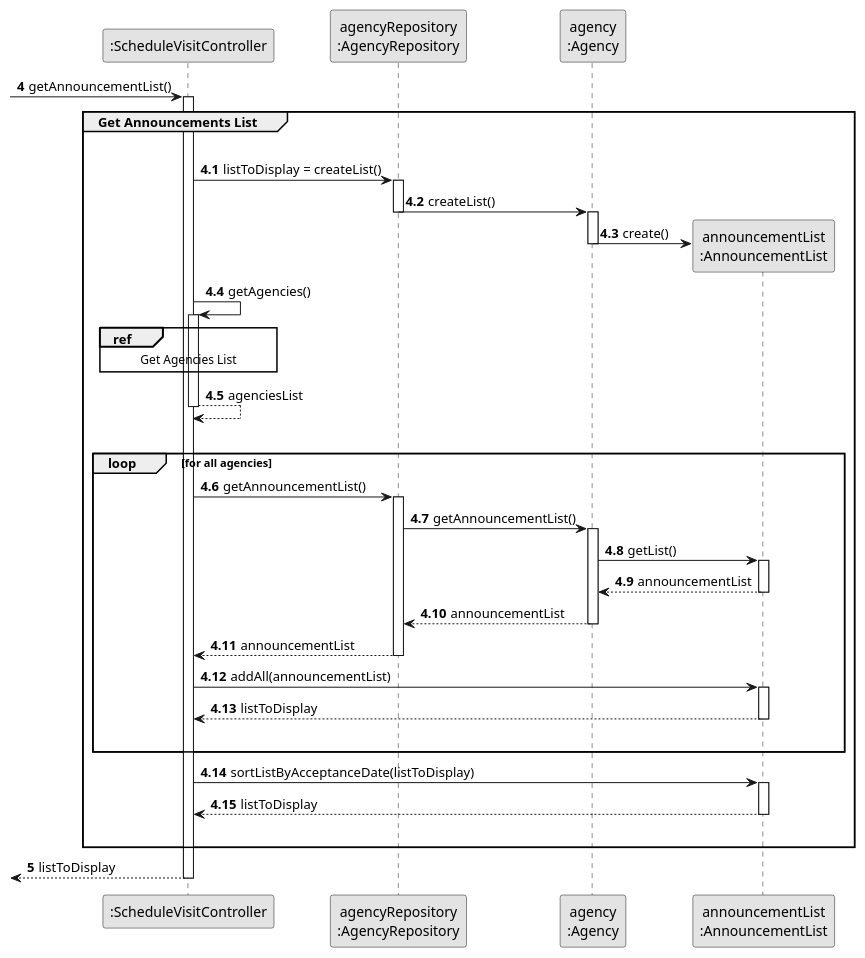
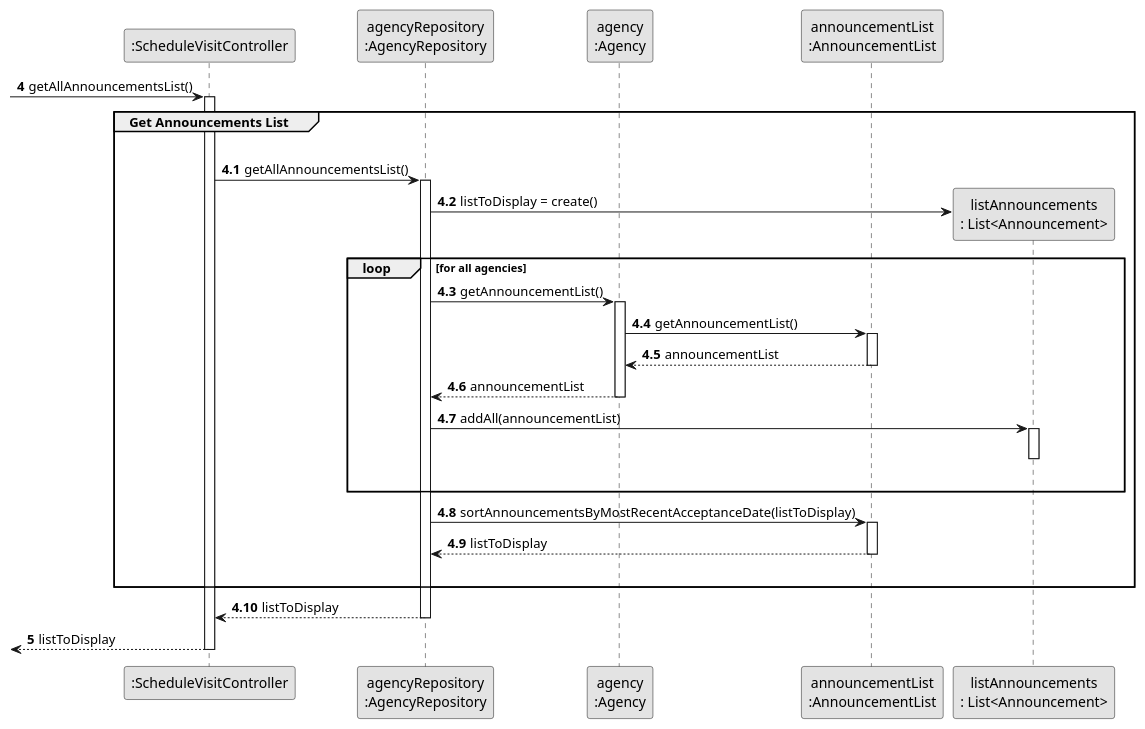
Before and after one commit to rita-barbosa/LAPR2-2223: the diagram in docs/sprintC/us009/03.design/puml/us009-sequence-diagram-partial-get-announcements-list.puml, drawn with PlantUML. The commit also changed 5 other files, not shown here.

```diff
--- a/docs/sprintC/us009/03.design/puml/us009-sequence-diagram-partial-get-announcements-list.puml
+++ b/docs/sprintC/us009/03.design/puml/us009-sequence-diagram-partial-get-announcements-list.puml
@@ -1,83 +1,67 @@
 @startuml
 skinparam monochrome true
 skinparam packageStyle rectangle
 skinparam shadowing false
 
 
 participant ":ScheduleVisitController" as CTRL
-participant "agencyRepository\n:AgencyRepository" as REP
+participant "agencyRepository\n:AgencyRepository" as AgencyRepository
 participant "agency\n:Agency" as AGC
 participant "announcementList\n:AnnouncementList" as LISTCLASS
+participant "listAnnouncements\n: List<Announcement>" as AnnounceList
+
 
 autonumber 4
 
- -> CTRL : getAnnouncementList()
+ -> CTRL : getAllAnnouncementsList()
 
 activate CTRL
 
     autonumber 4.1
 
     group Get Announcements List
 |||
-            CTRL -> REP : listToDisplay = createList()
-            activate REP
+        CTRL -> AgencyRepository : getAllAnnouncementsList()
+        activate AgencyRepository
 
-            REP -> AGC : createList()
-            deactivate REP
+        AgencyRepository -> AnnounceList** : listToDisplay = create()
+
+       loop for all agencies
+
+
+            AgencyRepository -> AGC : getAnnouncementList()
             activate AGC
 
-            AGC -> LISTCLASS** : create()
-             deactivate AGC
-
-
-           CTRL -> CTRL : getAgencies()
-            activate CTRL
-
-            ref over CTRL
-                Get Agencies List
-            end ref
-                CTRL --> CTRL : agenciesList
-            deactivate CTRL
-|||
-
-            loop for all agencies
-
-                CTRL -> REP : getAnnouncementList()
-                activate REP
-
-                REP -> AGC : getAnnouncementList()
-                activate AGC
-
-                AGC -> LISTCLASS : getList()
-                activate LISTCLASS
-
-                    LISTCLASS --> AGC : announcementList
-                deactivate LISTCLASS
-
-                    AGC --> REP : announcementList
-                deactivate AGC
-
-                REP --> CTRL : announcementList
-                deactivate REP
-
-                CTRL -> LISTCLASS : addAll(announcementList)
-                activate LISTCLASS
-
-                LISTCLASS --> CTRL : listToDisplay
-                deactivate LISTCLASS
-|||
-            end loop
-
-            CTRL -> LISTCLASS : sortListByAcceptanceDate(listToDisplay)
+            AGC -> LISTCLASS : getAnnouncementList()
             activate LISTCLASS
 
-                LISTCLASS --> CTRL : listToDisplay
+                LISTCLASS --> AGC : announcementList
+            deactivate LISTCLASS
+
+                AGC --> AgencyRepository : announcementList
+            deactivate AGC
+
+            AgencyRepository -> AnnounceList : addAll(announcementList)
+            activate AnnounceList
+            deactivate AnnounceList
+|||
+       end loop
+
+            AgencyRepository -> LISTCLASS : sortAnnouncementsByMostRecentAcceptanceDate(listToDisplay)
+            activate LISTCLASS
+
+                LISTCLASS --> AgencyRepository : listToDisplay
             deactivate LISTCLASS
 |||
         end group
+
+            AgencyRepository --> CTRL : listToDisplay
+        deactivate AgencyRepository
+
+
     autonumber 5
     <-- CTRL  : listToDisplay
 deactivate CTRL
 
 
 @enduml
```
